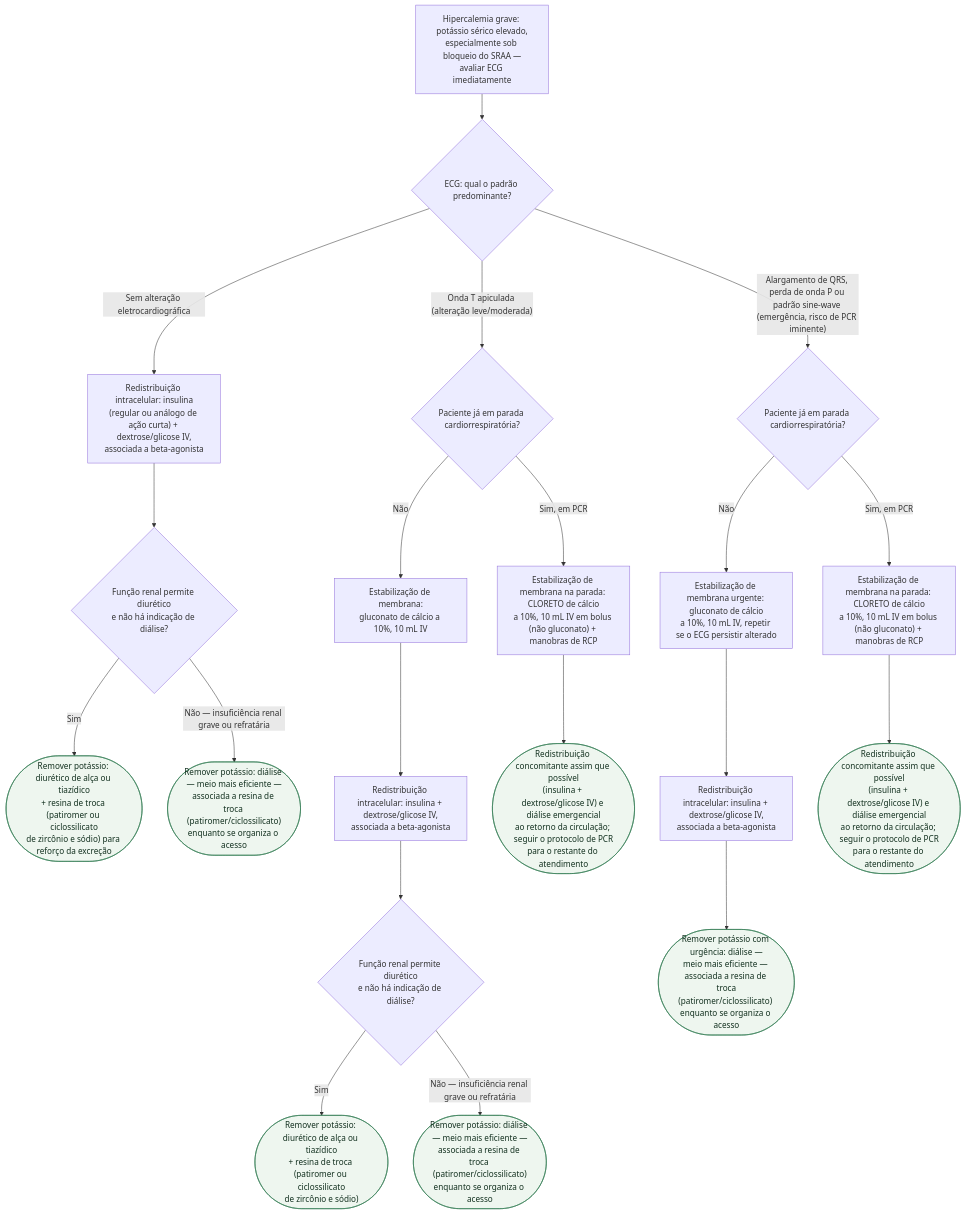
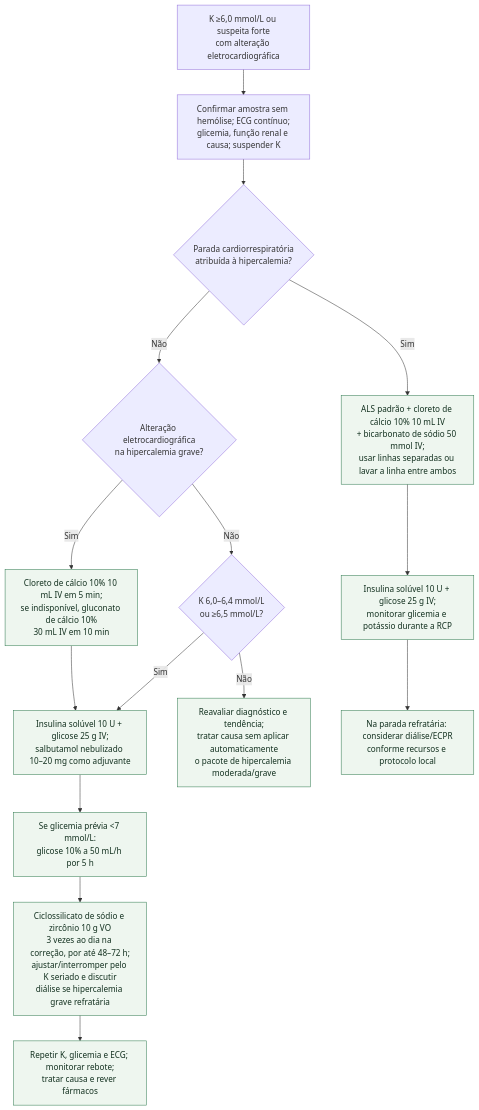
The diagram in content/Terapia_intensiva/fluxograma-hipercalemia-grave.md (rafaelpaesmeirelles/MeuCardio), drawn with Mermaid before and after one commit. The commit also changed other lines of this file and 201 other files, not shown here.

````diff
--- a/content/Terapia_intensiva/fluxograma-hipercalemia-grave.md
+++ b/content/Terapia_intensiva/fluxograma-hipercalemia-grave.md
@@ -21,62 +22,29 @@
 ```mermaid
 flowchart TD
-  R["Hipercalemia grave: potássio sérico elevado,<br/>especialmente sob bloqueio do SRAA —<br/>avaliar ECG imediatamente"]
-  R --> D1
+  A["K ≥6,0 mmol/L ou suspeita forte<br/>com alteração eletrocardiográfica"]
+  B["Confirmar amostra sem hemólise; ECG contínuo;<br/>glicemia, função renal e causa; suspender K"]
+  C{"Parada cardiorrespiratória<br/>atribuída à hipercalemia?"}
+  D["ALS padrão + cloreto de cálcio 10% 10 mL IV<br/>+ bicarbonato de sódio 50 mmol IV;<br/>usar linhas separadas ou lavar a linha entre ambos"]
+  E{"Alteração eletrocardiográfica<br/>na hipercalemia grave?"}
+  F["Cloreto de cálcio 10% 10 mL IV em 5 min;<br/>se indisponível, gluconato de cálcio 10%<br/>30 mL IV em 10 min"]
+  G{"K 6,0–6,4 mmol/L<br/>ou ≥6,5 mmol/L?"}
+  H["Insulina solúvel 10 U + glicose 25 g IV;<br/>salbutamol nebulizado 10–20 mg como adjuvante"]
+  N["Insulina solúvel 10 U + glicose 25 g IV;<br/>monitorar glicemia e potássio durante a RCP"]
+  I["Se glicemia prévia <7 mmol/L:<br/>glicose 10% a 50 mL/h por 5 h"]
+  J["Ciclossilicato de sódio e zircônio 10 g VO<br/>3 vezes ao dia na correção, por até 48–72 h;<br/>ajustar/interromper pelo K seriado e discutir<br/>diálise se hipercalemia grave refratária"]
+  K["Repetir K, glicemia e ECG; monitorar rebote;<br/>tratar causa e rever fármacos"]
+  L["Reavaliar diagnóstico e tendência;<br/>tratar causa sem aplicar automaticamente<br/>o pacote de hipercalemia moderada/grave"]
+  M["Na parada refratária: considerar diálise/ECPR<br/>conforme recursos e protocolo local"]
 
-  D1{"ECG: qual o padrão predominante?"}
-  D1 -->|"Sem alteração eletrocardiográfica"| S1
-  D1 -->|"Onda T apiculada (alteração leve/moderada)"| D3
-  D1 -->|"Alargamento de QRS, perda de onda P ou padrão sine-wave (emergência, risco de PCR iminente)"| D5
+  A --> B --> C
+  C -->|"Sim"| D --> N --> M
+  C -->|"Não"| E
+  E -->|"Sim"| F --> H
+  E -->|"Não"| G
+  G -->|"Sim"| H
+  G -->|"Não"| L
+  H --> I --> J --> K
 
-  S1["Redistribuição intracelular: insulina<br/>(regular ou análogo de ação curta) + dextrose/glicose IV,<br/>associada a beta-agonista"]
-  S1 --> D2
-
-  D2{"Função renal permite diurético<br/>e não há indicação de diálise?"}
-  D2 -->|"Sim"| C1
-  D2 -->|"Não — insuficiência renal grave ou refratária"| C2
-
-  C1(["Remover potássio: diurético de alça ou tiazídico<br/>+ resina de troca (patiromer ou ciclossilicato<br/>de zircônio e sódio) para reforço da excreção"])
-  C2(["Remover potássio: diálise — meio mais eficiente —<br/>associada a resina de troca (patiromer/ciclossilicato)<br/>enquanto se organiza o acesso"])
-
-  D3{"Paciente já em parada cardiorrespiratória?"}
-  D3 -->|"Não"| M1
-  D3 -->|"Sim, em PCR"| M2
-
-  M1["Estabilização de membrana:<br/>gluconato de cálcio a 10%, 10 mL IV"]
-  M1 --> S2
-
-  S2["Redistribuição intracelular: insulina + dextrose/glicose IV,<br/>associada a beta-agonista"]
-  S2 --> D4
-
-  D4{"Função renal permite diurético<br/>e não há indicação de diálise?"}
-  D4 -->|"Sim"| C3
-  D4 -->|"Não — insuficiência renal grave ou refratária"| C4
-
-  C3(["Remover potássio: diurético de alça ou tiazídico<br/>+ resina de troca (patiromer ou ciclossilicato<br/>de zircônio e sódio)"])
-  C4(["Remover potássio: diálise — meio mais eficiente —<br/>associada a resina de troca (patiromer/ciclossilicato)<br/>enquanto se organiza o acesso"])
-
-  M2["Estabilização de membrana na parada: CLORETO de cálcio<br/>a 10%, 10 mL IV em bolus (não gluconato) + manobras de RCP"]
-  M2 --> C5
-
-  C5(["Redistribuição concomitante assim que possível<br/>(insulina + dextrose/glicose IV) e diálise emergencial<br/>ao retorno da circulação; seguir o protocolo de PCR<br/>para o restante do atendimento"])
-
-  D5{"Paciente já em parada cardiorrespiratória?"}
-  D5 -->|"Não"| M3
-  D5 -->|"Sim, em PCR"| M4
-
-  M3["Estabilização de membrana urgente: gluconato de cálcio<br/>a 10%, 10 mL IV, repetir se o ECG persistir alterado"]
-  M3 --> S3
-
-  S3["Redistribuição intracelular: insulina + dextrose/glicose IV,<br/>associada a beta-agonista"]
-  S3 --> C6
-
-  C6(["Remover potássio com urgência: diálise —<br/>meio mais eficiente — associada a resina de troca<br/>(patiromer/ciclossilicato) enquanto se organiza o acesso"])
-
-  M4["Estabilização de membrana na parada: CLORETO de cálcio<br/>a 10%, 10 mL IV em bolus (não gluconato) + manobras de RCP"]
-  M4 --> C7
-
-  C7(["Redistribuição concomitante assim que possível<br/>(insulina + dextrose/glicose IV) e diálise emergencial<br/>ao retorno da circulação; seguir o protocolo de PCR<br/>para o restante do atendimento"])
-
-  classDef conduta fill:#eef6ef,stroke:#2f7a4f,color:#12301f;
-  class C1,C2,C3,C4,C5,C6,C7 conduta;
+  classDef action fill:#eef6ef,stroke:#2f7a4f,color:#12301f;
+  class D,F,H,I,J,K,L,M,N action;
 ```
````
